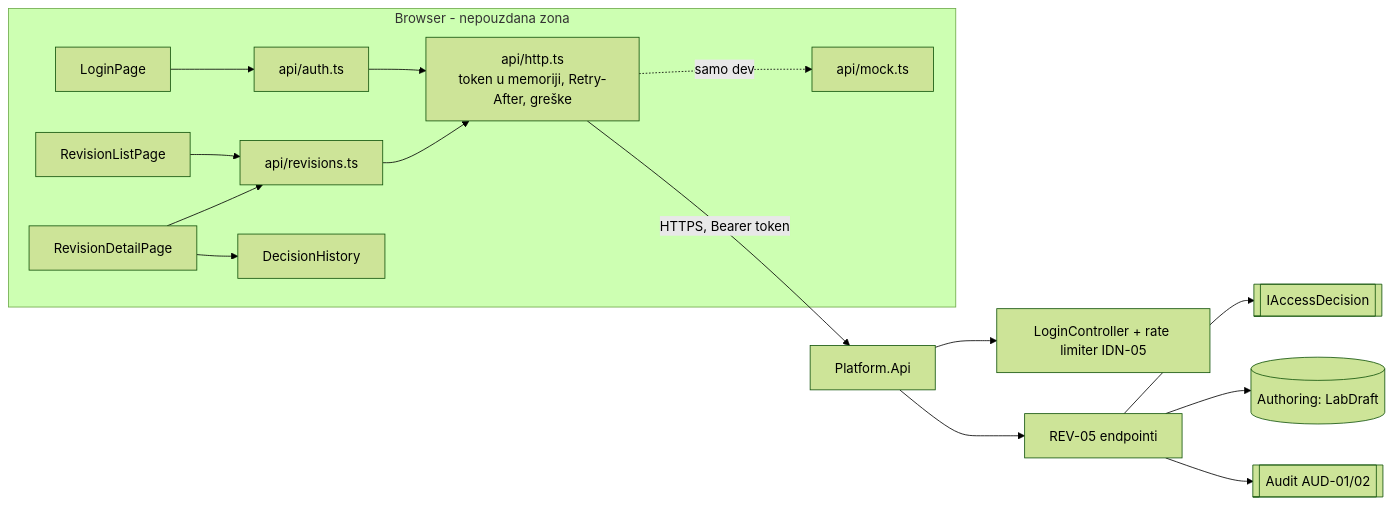
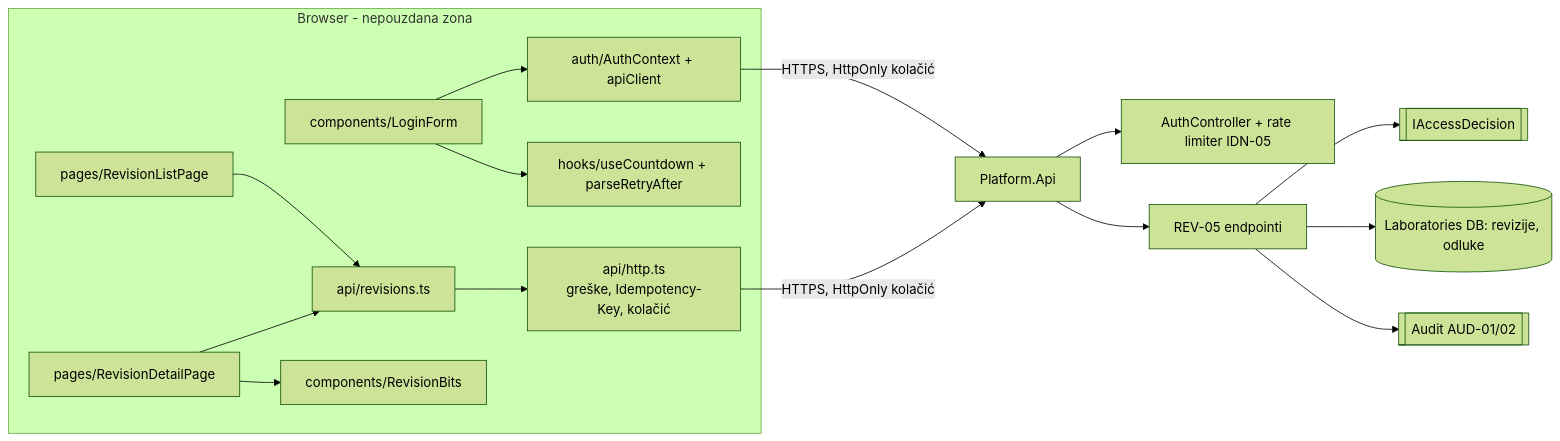
One commit to djufa762x39/security-lab changed the first of 2 diagrams in docs/components/IDN-05-REV-05-UI.md. Above: the diagram before and after it, drawn with Mermaid (forest theme). The commit also changed other lines of this file and 12 other files, not shown here.

First line of the commit message:
IDN-05/REV-05 UI: poruka za 429 u aktivnoj login formi

````diff
--- a/docs/components/IDN-05-REV-05-UI.md
+++ b/docs/components/IDN-05-REV-05-UI.md
@@ -27,18 +28,18 @@
 ```mermaid
 flowchart LR
   subgraph Browser [Browser - nepouzdana zona]
-    LP[LoginPage] --> AUTH[api/auth.ts]
-    RL[RevisionListPage] --> REV[api/revisions.ts]
-    RD[RevisionDetailPage] --> REV
-    RD --> DH[DecisionHistory]
-    AUTH --> HTTP[api/http.ts<br/>token u memoriji, Retry-After, greške]
-    REV --> HTTP
-    HTTP -. samo dev .-> MOCK[api/mock.ts]
+    LF[components/LoginForm] --> AC[auth/AuthContext + apiClient]
+    LF --> CD[hooks/useCountdown + parseRetryAfter]
+    RL[pages/RevisionListPage] --> REV[api/revisions.ts]
+    RD[pages/RevisionDetailPage] --> REV
+    RD --> DH[components/RevisionBits]
+    REV --> HTTP[api/http.ts<br/>greške, Idempotency-Key, kolačić]
   end
-  HTTP -->|HTTPS, Bearer token| API[Platform.Api]
-  API --> LOGIN[LoginController + rate limiter IDN-05]
+  AC -->|HTTPS, HttpOnly kolačić| API[Platform.Api]
+  HTTP -->|HTTPS, HttpOnly kolačić| API
+  API --> LOGIN[AuthController + rate limiter IDN-05]
   API --> REVAPI[REV-05 endpointi]
   REVAPI --> ACC[[IAccessDecision]]
-  REVAPI --> AUTHOR[(Authoring: LabDraft)]
+  REVAPI --> DB[(Laboratories DB: revizije, odluke)]
   REVAPI --> AUD[[Audit AUD-01/02]]
 ```
````
